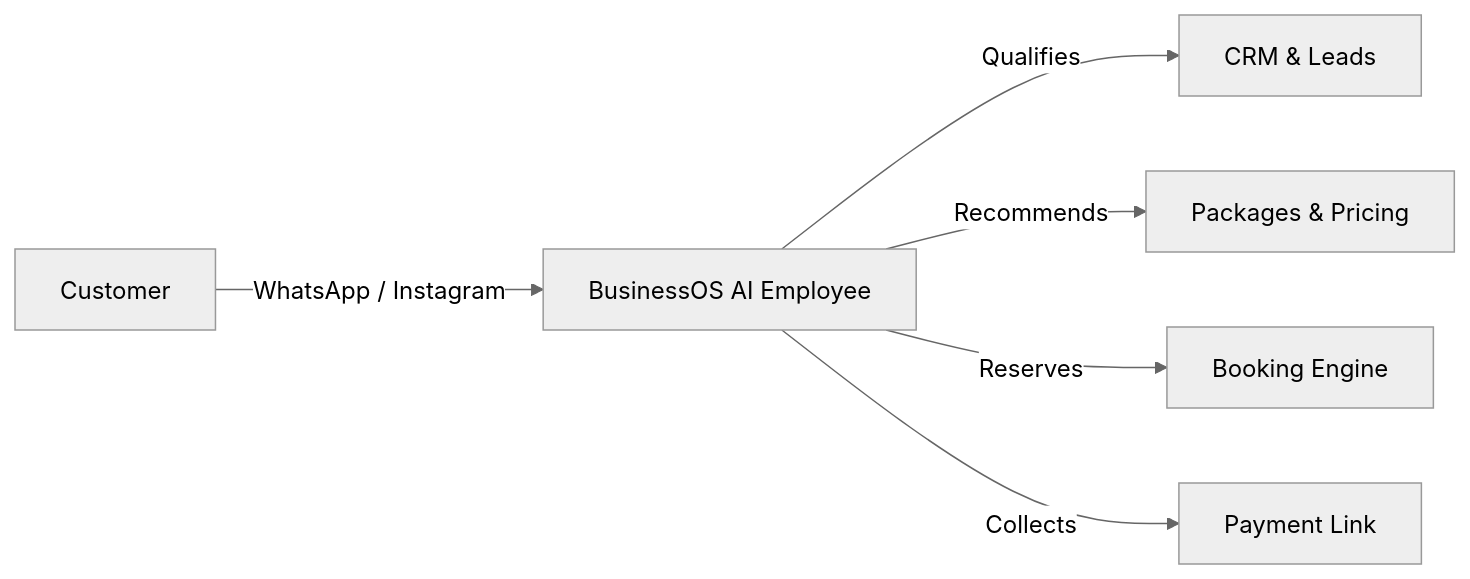
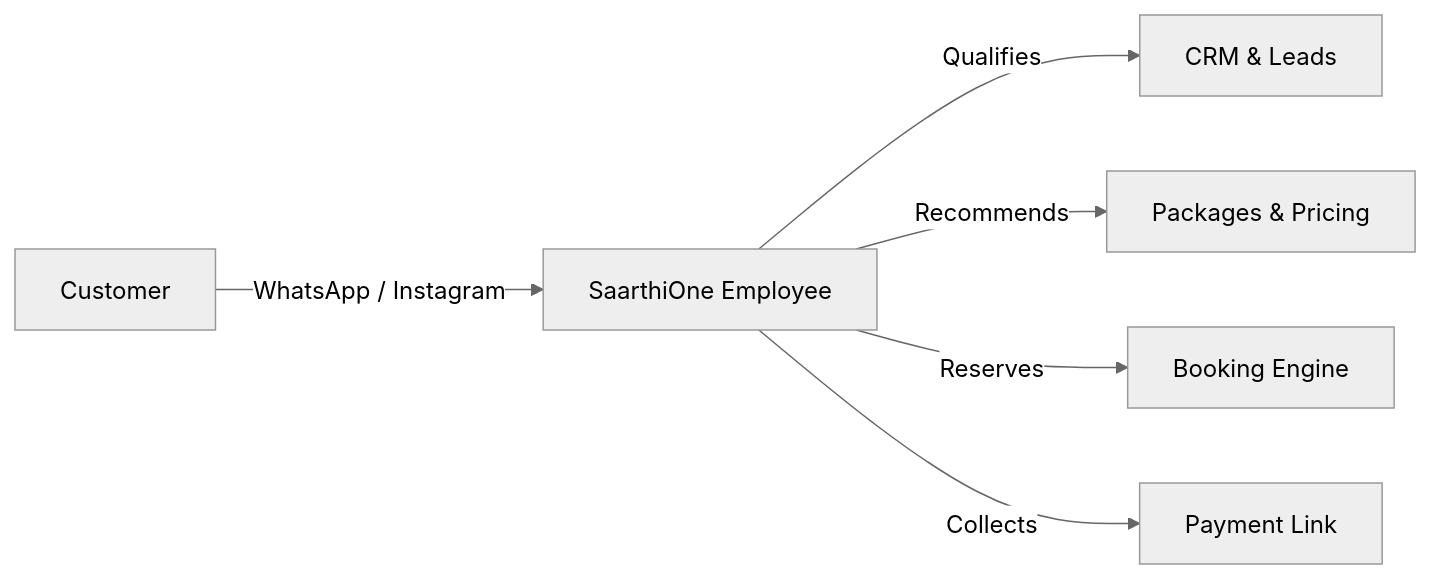
The diagram in docs/01-Vision.md (AnupamaJain/BusinessOS-AI), drawn with Mermaid (neutral theme) before and after one commit. The commit also changed other lines of this file and 16 other files, not shown here.

First line of the commit message:
feat(gateway): Twilio WhatsApp adapter (sandbox-ready) with signature-verified inbound webhook

````diff
--- a/docs/01-Vision.md
+++ b/docs/01-Vision.md
@@ -15,8 +15,8 @@
 ```mermaid
 graph LR
-    Sub[Customer] -->|WhatsApp / Instagram| AI[BusinessOS AI Employee]
+    Sub[Customer] -->|WhatsApp / Instagram| AI[SaarthiOne Employee]
     AI -->|Qualifies| CRM[CRM & Leads]
     AI -->|Recommends| Catalog[Packages & Pricing]
     AI -->|Reserves| Booking[Booking Engine]
     AI -->|Collects| Payment[Payment Link]
 ```
````
